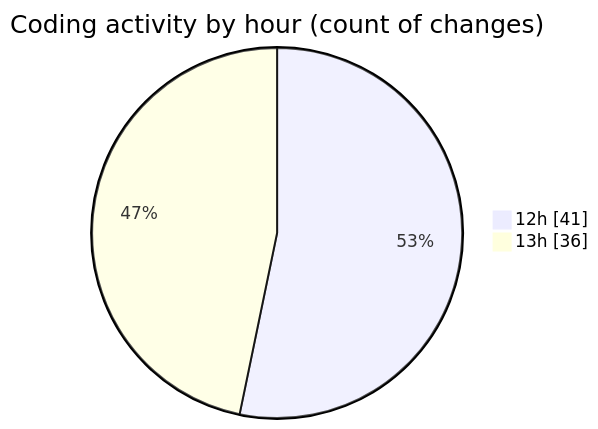
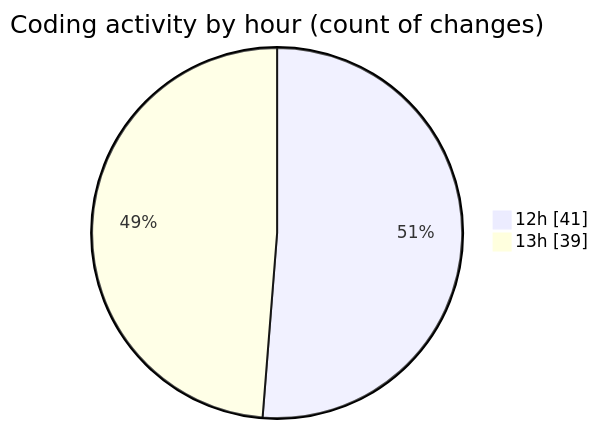
One commit to momahboobian/code-tracking changed the second of 2 diagrams in 2025-12-02/cda/README.md. Above: the diagram before and after it, drawn with Mermaid. The commit also changed other lines of this file and 1 other file, not shown here.

````diff
--- a/2025-12-02/cda/README.md
+++ b/2025-12-02/cda/README.md
@@ -34,6 +35,6 @@
 ```mermaid
 pie showData
 title Coding activity by hour (count of changes)
 "12h" : 41
-"13h" : 36
+"13h" : 39
 ```
````
